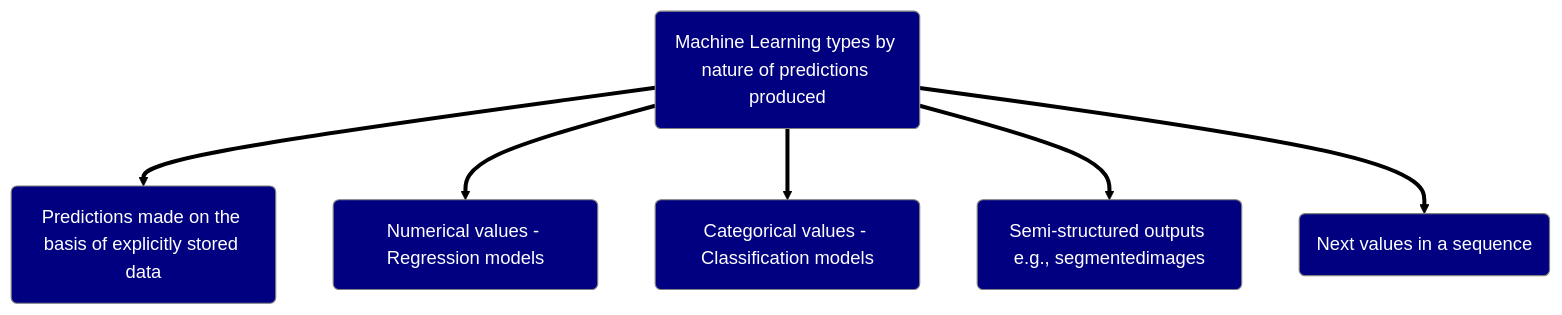
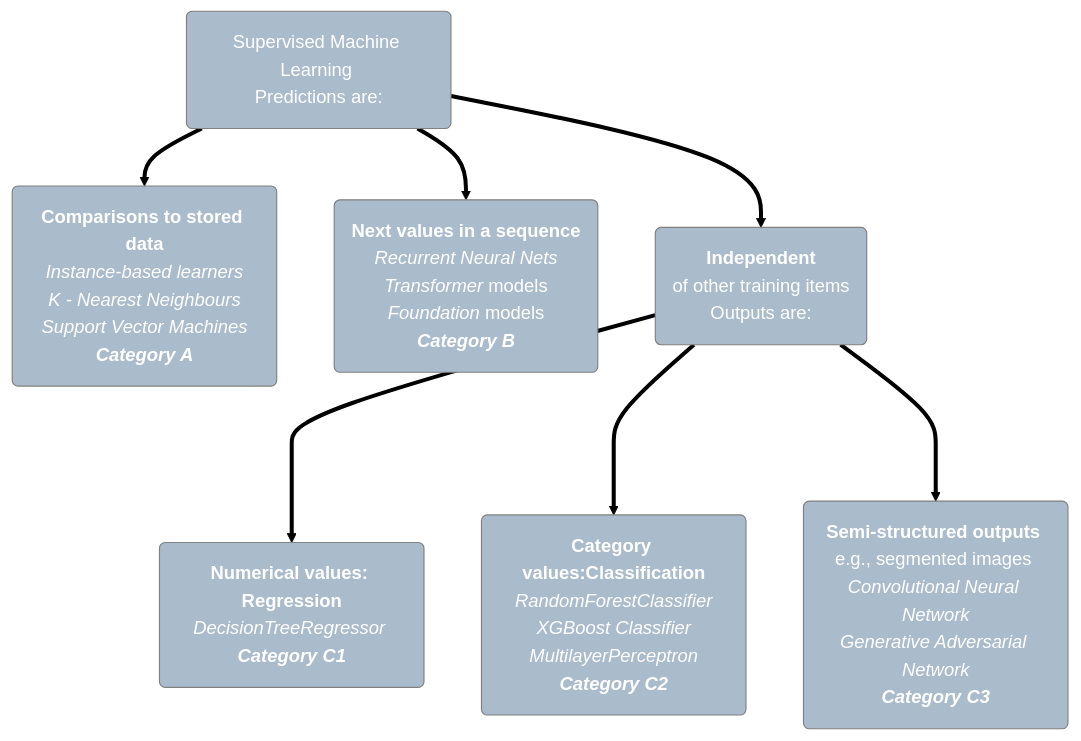
Before and after one commit to AI-SDC/SDC-Reboot: the diagram in categorisation_of_models_and_risks.md, drawn with Mermaid. The commit also changed other lines of this file, not shown here.

````diff
--- a/categorisation_of_models_and_risks.md
+++ b/categorisation_of_models_and_risks.md
@@ -95,31 +166,57 @@
 ```mermaid
 %%{
   init: {
     'theme': 'base',
     'themeVariables': {
-      'primaryColor': '#000080',
+      'primaryColor': '#abc',
       'primaryTextColor': '#fff',
       'primaryBorderColor': '#808080',
       'lineColor': '#000000',
       'secondaryColor': '#7fb3d5',
       'tertiaryColor': '#a9cce3'
     }
   }
 }%%
+
+
 flowchart TB
-    ml(Machine Learning types by nature of predictions produced)
-    %%subgraph a["**Nature of Predictions**"]
-      a1(Predictions made on the basis of explicitly stored data)
-      a2(Numerical values - Regression models)
-      a3(Categorical values - Classification models)
-      a4(Semi-structured outputs e.g., segmentedimages)
-      a5(Next values in a sequence)
+    ml("`Supervised Machine Learning 
+         Predictions are:`")
+      a("`**Comparisons to stored data**
+          _Instance-based learners_
+          _K - Nearest Neighbours_
+          _Support Vector Machines_
+          **_Category A_**`")
+      b("`**Next values in a sequence** 
+        _Recurrent Neural Nets_
+        _Transformer_ models
+        _Foundation_ models 
+        **_Category B_**`")      
+      c("`**Independent** 
+      of other training items
+      Outputs are:
+      `")
+      c1("` **Numerical values: Regression**
+          _DecisionTreeRegressor_ 
+          **_Category C1_**`")
+      c2("` **Category values:Classification**
+          _RandomForestClassifier_
+          _XGBoost Classifier_
+          _MultilayerPerceptron_
+          **_Category C2_**`")
+      c3("` **Semi-structured outputs** 
+          e.g., segmented images 
+          _Convolutional Neural Network_
+          _Generative Adversarial Network_
+           **_Category C3_**`")
+
     %%end
-    ml==>a1
-    ml==>a2
-    ml==>a3
-    ml==>a4
-    ml==>a5
+    ml==>a
+    ml==>b
+    ml==>c
+    c===>c1
+    c===>c2
+    c===>c3
 
 
 ```
````
